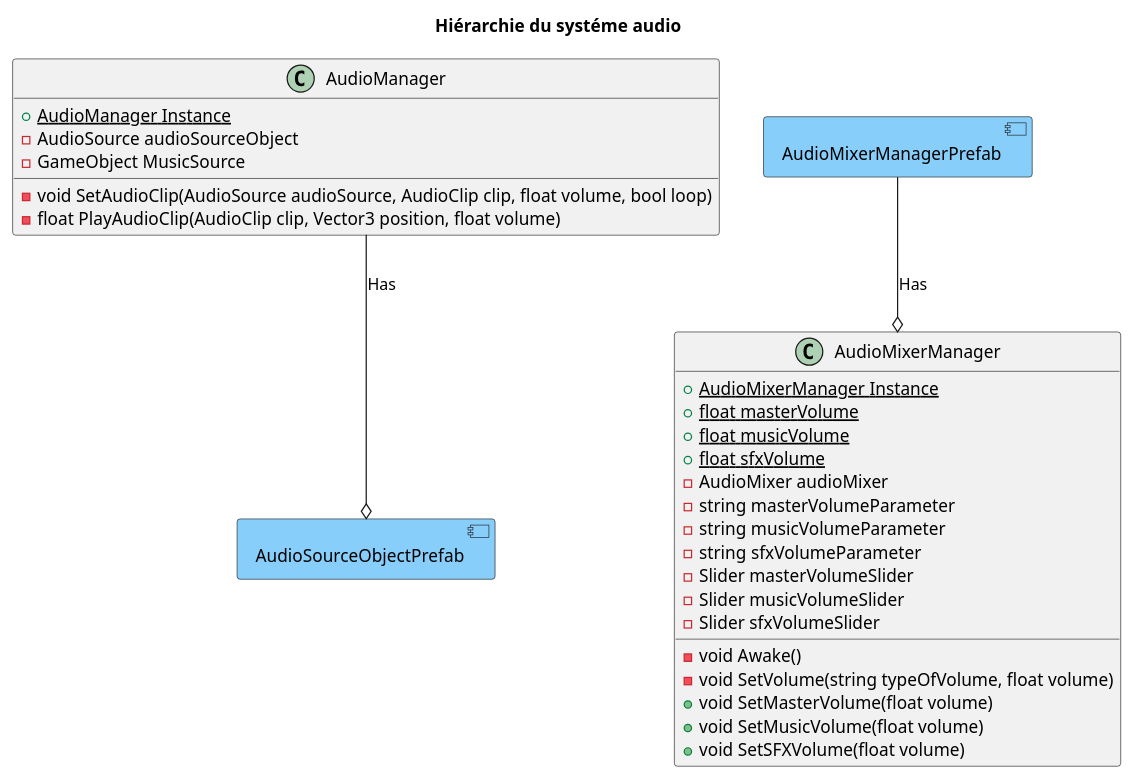
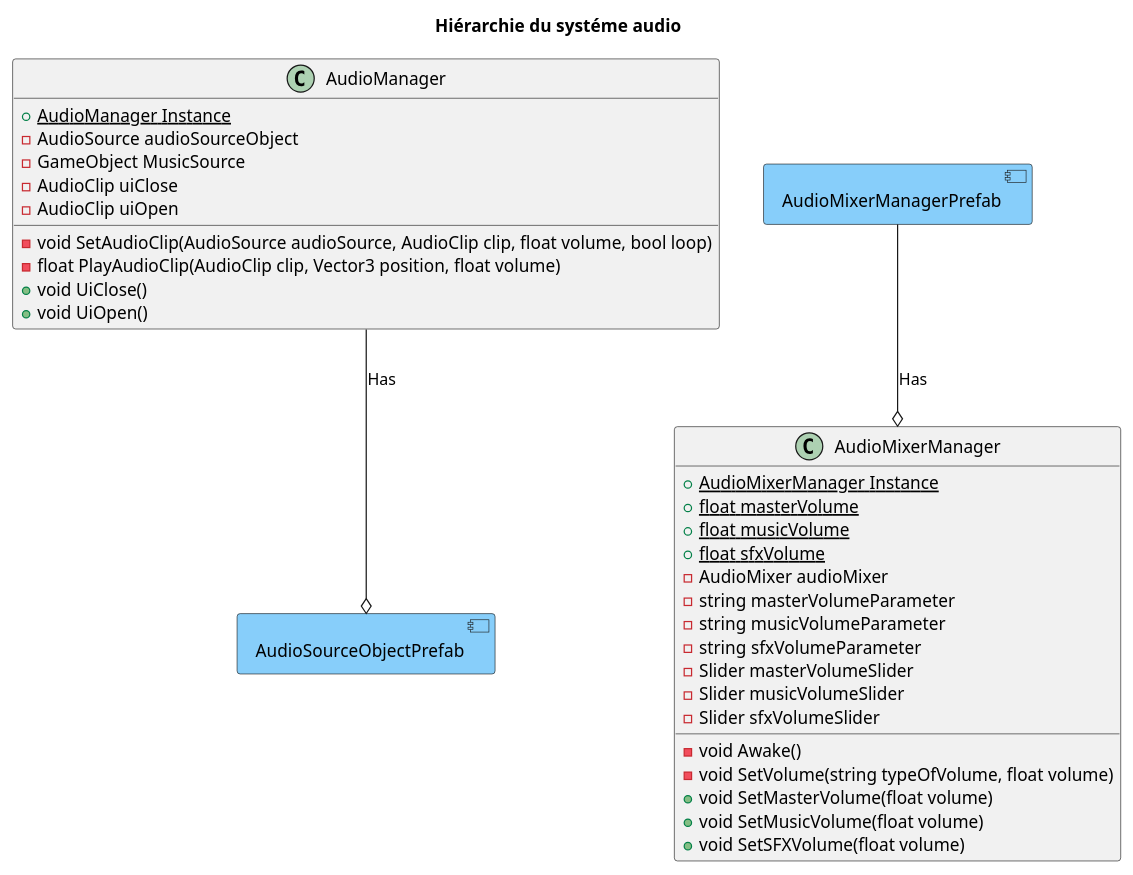
The diagram in Assets/Scripts/Documentation/Audio.puml (LOG725-01/JustOneEarth), drawn with PlantUML before and after one commit. The commit also changed 3 other files, not shown here.

```diff
--- a/Assets/Scripts/Documentation/Audio.puml
+++ b/Assets/Scripts/Documentation/Audio.puml
@@ -1,39 +1,43 @@
 @startuml Audio
 allow_mixing
 skinparam ComponentBackgroundColor LightSkyBlue
 title Hiérarchie du systéme audio
 
 class AudioManager  {
     + {static} AudioManager Instance
     - AudioSource audioSourceObject
     - GameObject MusicSource
+    - AudioClip uiClose
+    - AudioClip uiOpen
     - void SetAudioClip(AudioSource audioSource, AudioClip clip, float volume, bool loop)
     - float PlayAudioClip(AudioClip clip, Vector3 position, float volume)
+    + void UiClose()
+    + void UiOpen()
 }
 
 class AudioMixerManager  {
     + {static} AudioMixerManager Instance
     + {static} float masterVolume
     + {static} float musicVolume
     + {static} float sfxVolume
     - AudioMixer audioMixer
     - string masterVolumeParameter
     - string musicVolumeParameter
     - string sfxVolumeParameter
     - Slider masterVolumeSlider
     - Slider musicVolumeSlider
     - Slider sfxVolumeSlider
     - void Awake()
     - void SetVolume(string typeOfVolume, float volume)
     + void SetMasterVolume(float volume)
     + void SetMusicVolume(float volume)
     + void SetSFXVolume(float volume)
 }
 
 component AudioSourceObjectPrefab
 component AudioMixerManagerPrefab
 
 AudioMixerManagerPrefab --o AudioMixerManager : "Has"
 AudioManager --o AudioSourceObjectPrefab : "Has"
 
 @enduml
```
